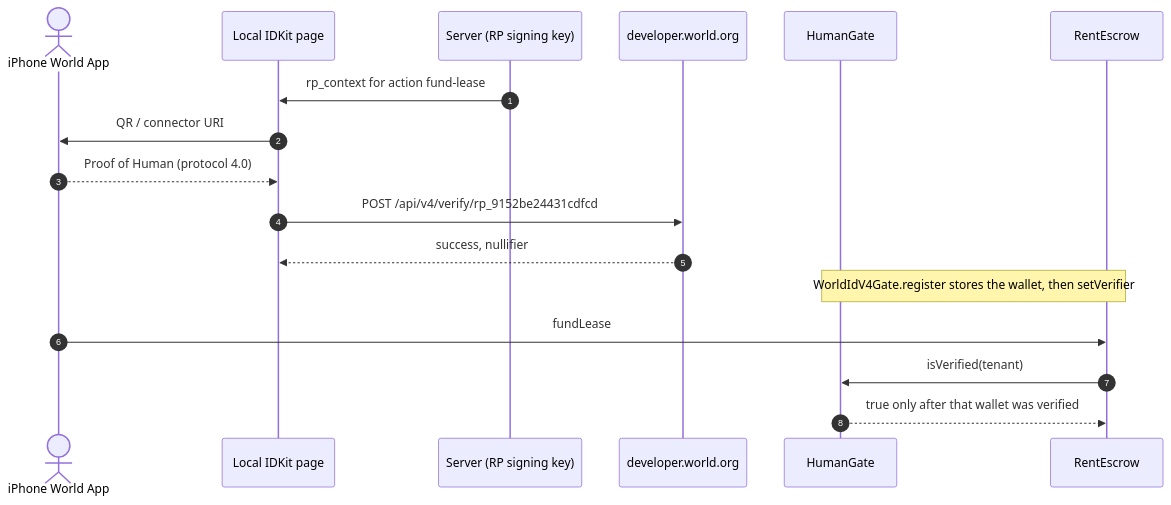
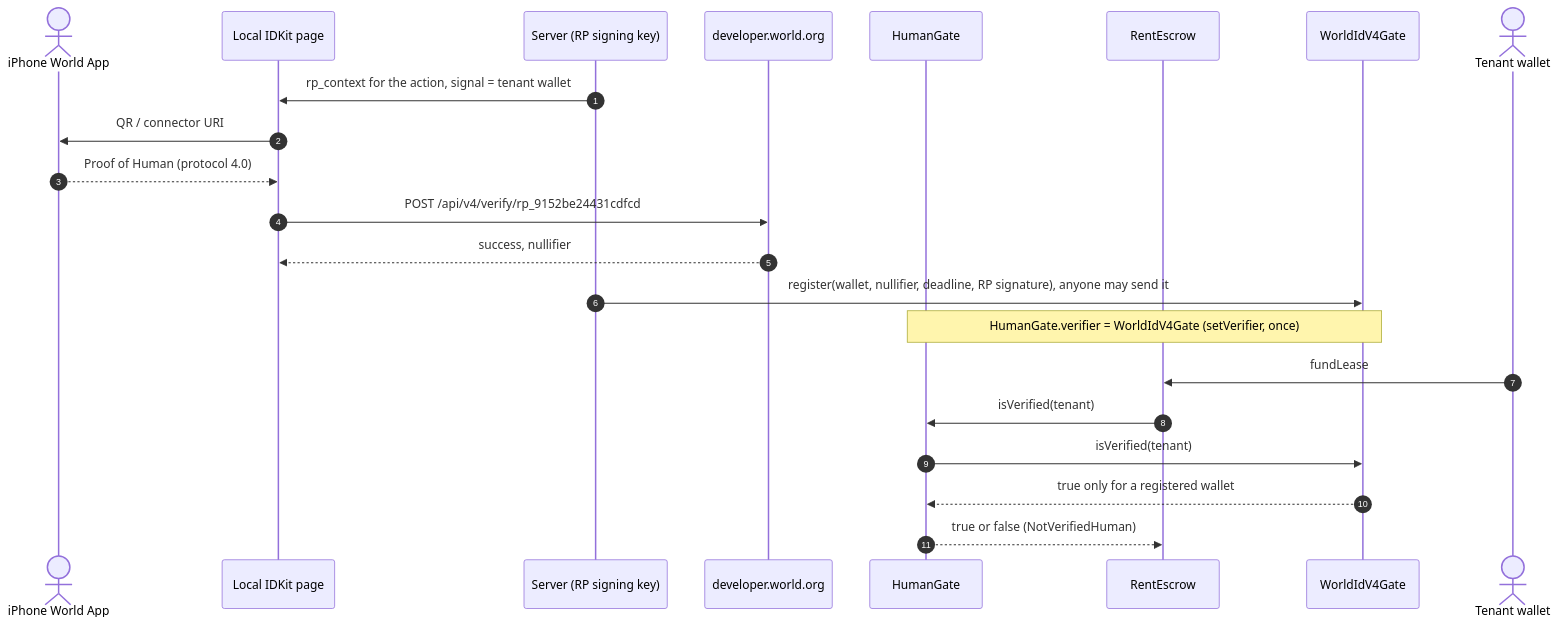
One commit to AiAlchemist0/rentouts-escrow changed the sixth of 12 diagrams in ARCHITECTURE.md. Above: the diagram before and after it, drawn with Mermaid. The commit also changed other lines of this file and 5 other files, not shown here.

First line of the commit message:
docs(qa): the World ID gate is live; demo pre-flight for the gate switch

````diff
--- a/ARCHITECTURE.md
+++ b/ARCHITECTURE.md
@@ -298,19 +306,24 @@
 ```mermaid
 sequenceDiagram
     autonumber
     actor Phone as iPhone World App
     participant Page as Local IDKit page
     participant Sign as Server (RP signing key)
     participant World as developer.world.org
     participant HG as HumanGate
     participant RE as RentEscrow
-    Sign->>Page: rp_context for action fund-lease
+    participant V4 as WorldIdV4Gate
+    actor T as Tenant wallet
+    Sign->>Page: rp_context for the action, signal = tenant wallet
     Page->>Phone: QR / connector URI
     Phone-->>Page: Proof of Human (protocol 4.0)
     Page->>World: POST /api/v4/verify/rp_9152be24431cdfcd
     World-->>Page: success, nullifier
-    Note over HG,RE: WorldIdV4Gate.register stores the wallet, then setVerifier
-    Phone->>RE: fundLease
+    Sign->>V4: register(wallet, nullifier, deadline, RP signature), anyone may send it
+    Note over HG,V4: HumanGate.verifier = WorldIdV4Gate (setVerifier, once)
+    T->>RE: fundLease
     RE->>HG: isVerified(tenant)
-    HG-->>RE: true only after that wallet was verified
+    HG->>V4: isVerified(tenant)
+    V4-->>HG: true only for a registered wallet
+    HG-->>RE: true or false (NotVerifiedHuman)
 ```
````
